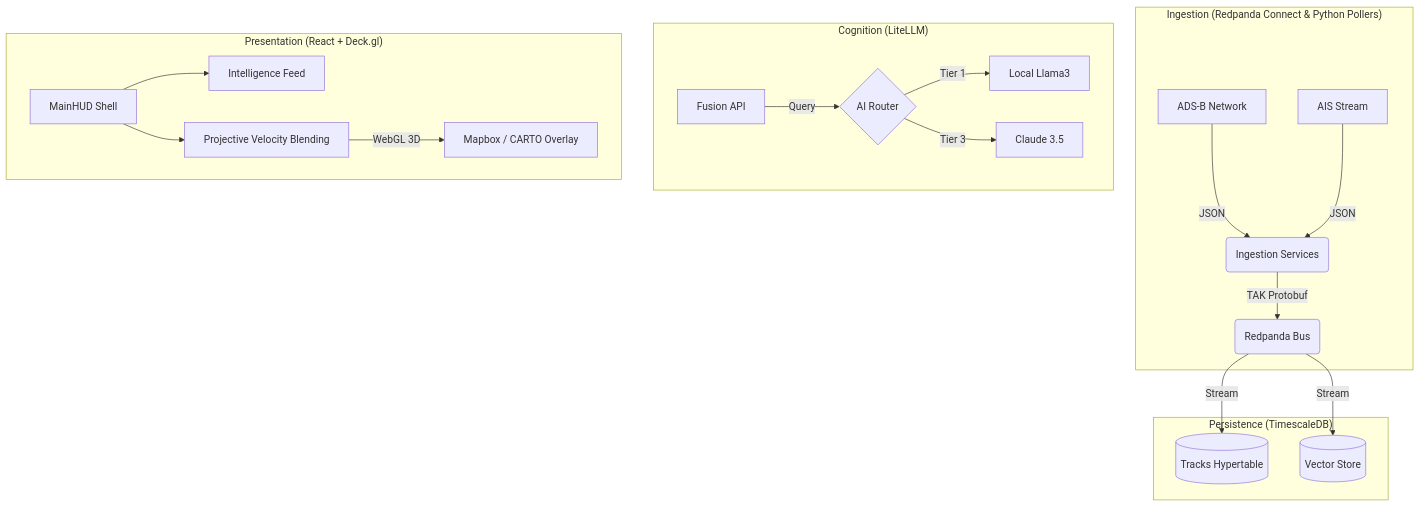
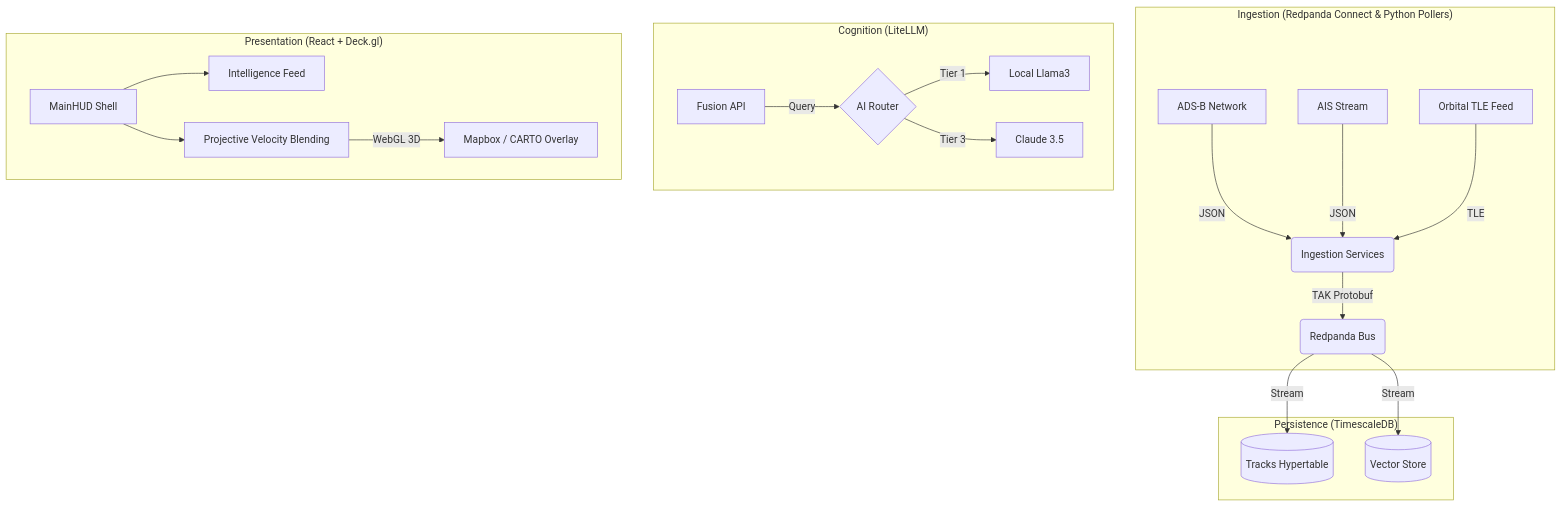
The diagram in README.md (d3mocide/Sovereign_Watch), drawn with Mermaid before and after one commit. The commit also changed other lines of this file and 2 other files, not shown here.

First line of the commit message:
feat(release): v0.8.1 - Orbital Intelligence & Satellite Tracking

````diff
--- a/README.md
+++ b/README.md
@@ -44,25 +44,26 @@
 ```mermaid
 graph TD
     subgraph "Ingestion (Redpanda Connect & Python Pollers)"
         A[ADS-B Network] -->|JSON| B(Ingestion Services)
         C[AIS Stream] -->|JSON| B
+        Z[Orbital TLE Feed] -->|TLE| B
         B -->|TAK Protobuf| D(Redpanda Bus)
     end
 
     subgraph "Persistence (TimescaleDB)"
         D -->|Stream| E[(Tracks Hypertable)]
         D -->|Stream| F[(Vector Store)]
     end
 
     subgraph "Cognition (LiteLLM)"
         G[Fusion API] -->|Query| H{AI Router}
         H -->|Tier 1| I[Local Llama3]
         H -->|Tier 3| J[Claude 3.5]
     end
 
     subgraph "Presentation (React + Deck.gl)"
         K[MainHUD Shell] --> L[Intelligence Feed]
         K --> M[Projective Velocity Blending]
         M -->|WebGL 3D| N[Mapbox / CARTO Overlay]
     end
 ```
````
